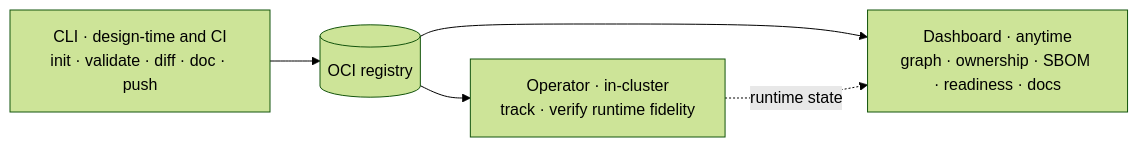
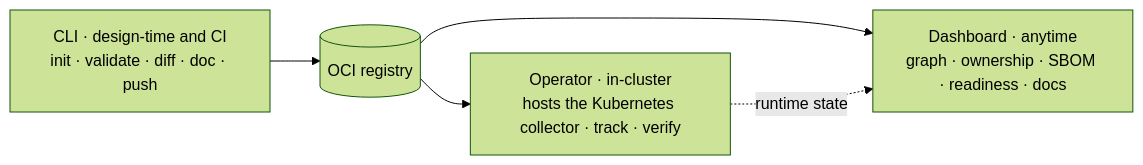
Before and after one commit to TrianaLab/pacto: the third of 3 diagrams in README.md, drawn with Mermaid (forest theme). The commit also changed other lines of this file and 722 other files, not shown here.

````diff
--- a/README.md
+++ b/README.md
@@ -34,7 +52,7 @@
 ```mermaid
 flowchart LR
     CLI["CLI · design-time and CI<br/>init · validate · diff · doc · push"] --> R[(OCI registry)]
     R --> DASH["Dashboard · anytime<br/>graph · ownership · SBOM · readiness · docs"]
-    R --> OP["Operator · in-cluster<br/>track · verify runtime fidelity"]
+    R --> OP["Operator · in-cluster<br/>hosts the Kubernetes collector · track · verify"]
     OP -. runtime state .-> DASH
 ```
````
